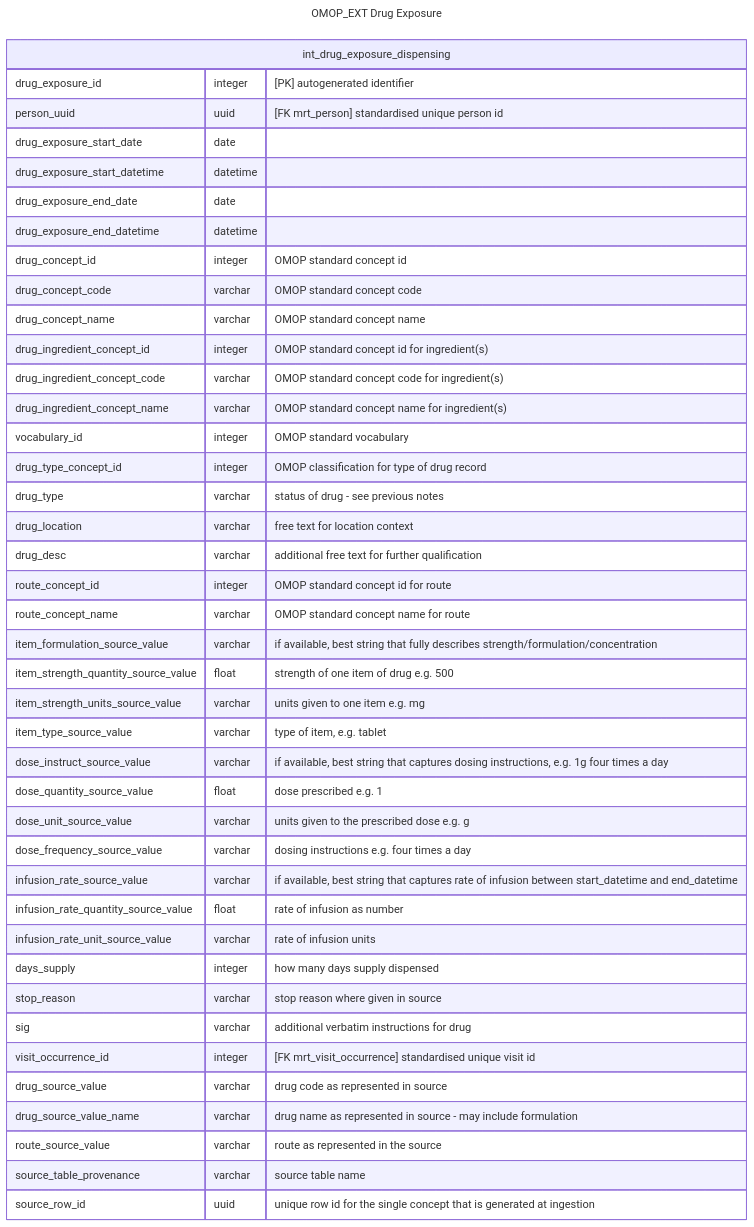
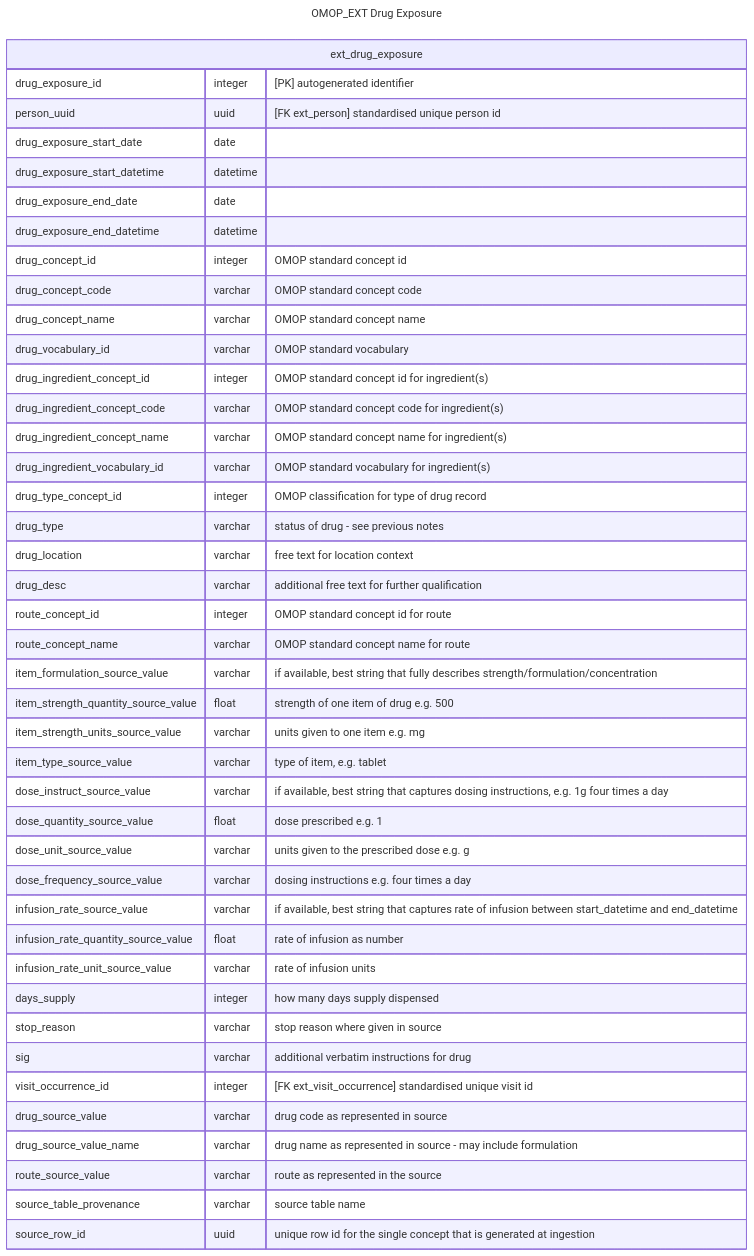
One commit to d3london/sde_aic_external_docs changed the third of 4 diagrams in src/pages/data_model/cdm_drug_exposure.qmd. Above: the diagram before and after it, drawn with Mermaid. The commit also changed other lines of this file and 4 other files, not shown here.

````diff
--- a/src/pages/data_model/cdm_drug_exposure.qmd
+++ b/src/pages/data_model/cdm_drug_exposure.qmd
@@ -128,47 +129,48 @@
 ```{mermaid}
 ---
 title: OMOP_EXT Drug Exposure
 ---
 erDiagram
-    int_drug_exposure_dispensing {
+    ext_drug_exposure {
         drug_exposure_id integer "[PK] autogenerated identifier"
-        person_uuid uuid "[FK mrt_person] standardised unique person id"
+        person_uuid uuid "[FK ext_person] standardised unique person id"
         drug_exposure_start_date date
         drug_exposure_start_datetime datetime
         drug_exposure_end_date date
         drug_exposure_end_datetime datetime  
         drug_concept_id integer "OMOP standard concept id"
         drug_concept_code varchar "OMOP standard concept code"
         drug_concept_name varchar "OMOP standard concept name"
+        drug_vocabulary_id varchar "OMOP standard vocabulary" 
         drug_ingredient_concept_id integer "OMOP standard concept id for ingredient(s)"
         drug_ingredient_concept_code varchar "OMOP standard concept code for ingredient(s)"
         drug_ingredient_concept_name varchar "OMOP standard concept name for ingredient(s)"            
-        vocabulary_id integer "OMOP standard vocabulary"
+        drug_ingredient_vocabulary_id varchar "OMOP standard vocabulary for ingredient(s)"
         drug_type_concept_id integer "OMOP classification for type of drug record"                   
         drug_type varchar "status of drug - see previous notes"
         drug_location varchar "free text for location context"
         drug_desc varchar "additional free text for further qualification"
         route_concept_id integer "OMOP standard concept id for route"
         route_concept_name varchar "OMOP standard concept name for route"
         item_formulation_source_value varchar "if available, best string that fully describes strength/formulation/concentration"
         item_strength_quantity_source_value float "strength of one item of drug e.g. 500"
         item_strength_units_source_value varchar "units given to one item e.g. mg"        
         item_type_source_value varchar "type of item, e.g. tablet"
         dose_instruct_source_value varchar "if available, best string that captures dosing instructions, e.g. 1g four times a day"
         dose_quantity_source_value float "dose prescribed e.g. 1"
         dose_unit_source_value varchar "units given to the prescribed dose e.g. g"
         dose_frequency_source_value varchar "dosing instructions e.g. four times a day"
         infusion_rate_source_value varchar "if available, best string that captures rate of infusion between start_datetime and end_datetime"
         infusion_rate_quantity_source_value float "rate of infusion as number"
         infusion_rate_unit_source_value varchar "rate of infusion units"
         days_supply integer "how many days supply dispensed"
         stop_reason varchar "stop reason where given in source"
         sig varchar "additional verbatim instructions for drug"
-        visit_occurrence_id integer "[FK mrt_visit_occurrence] standardised unique visit id"
+        visit_occurrence_id integer "[FK ext_visit_occurrence] standardised unique visit id"
         drug_source_value varchar "drug code as represented in source"
         drug_source_value_name varchar "drug name as represented in source - may include formulation"     
         route_source_value varchar "route as represented in the source"           
         source_table_provenance varchar "source table name"
         source_row_id uuid "unique row id for the single concept that is generated at ingestion"
     }
 ```
````
